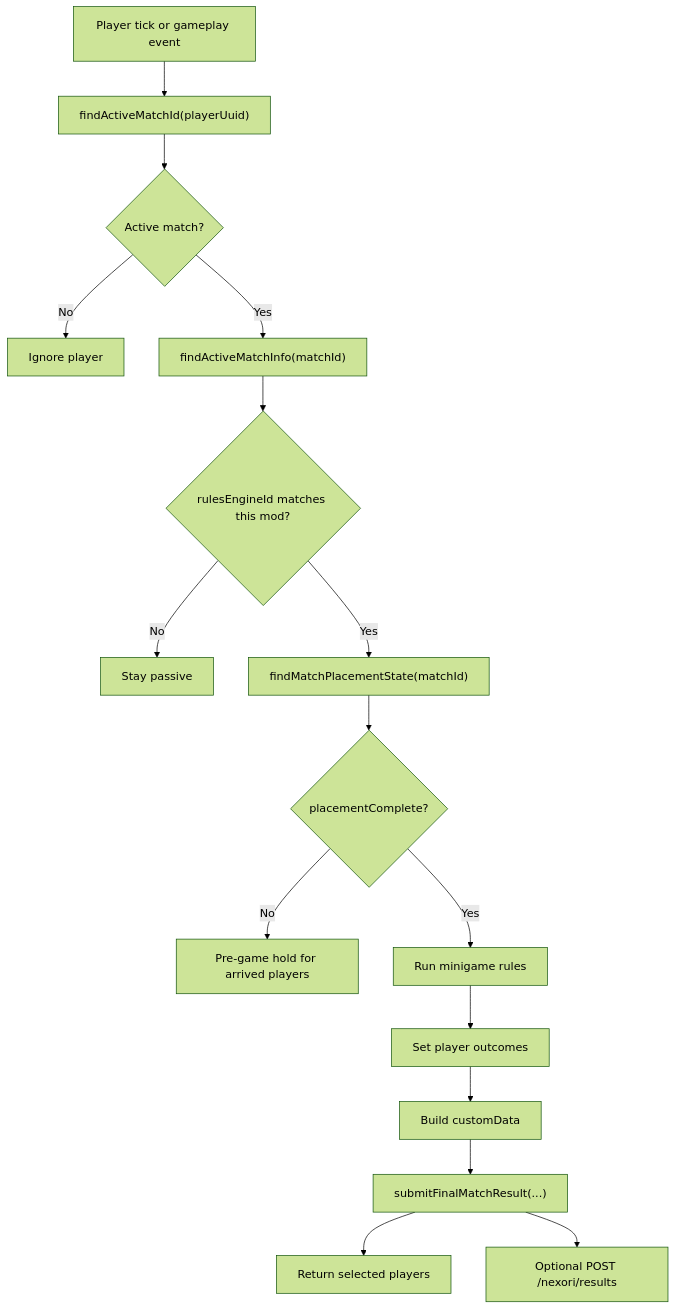
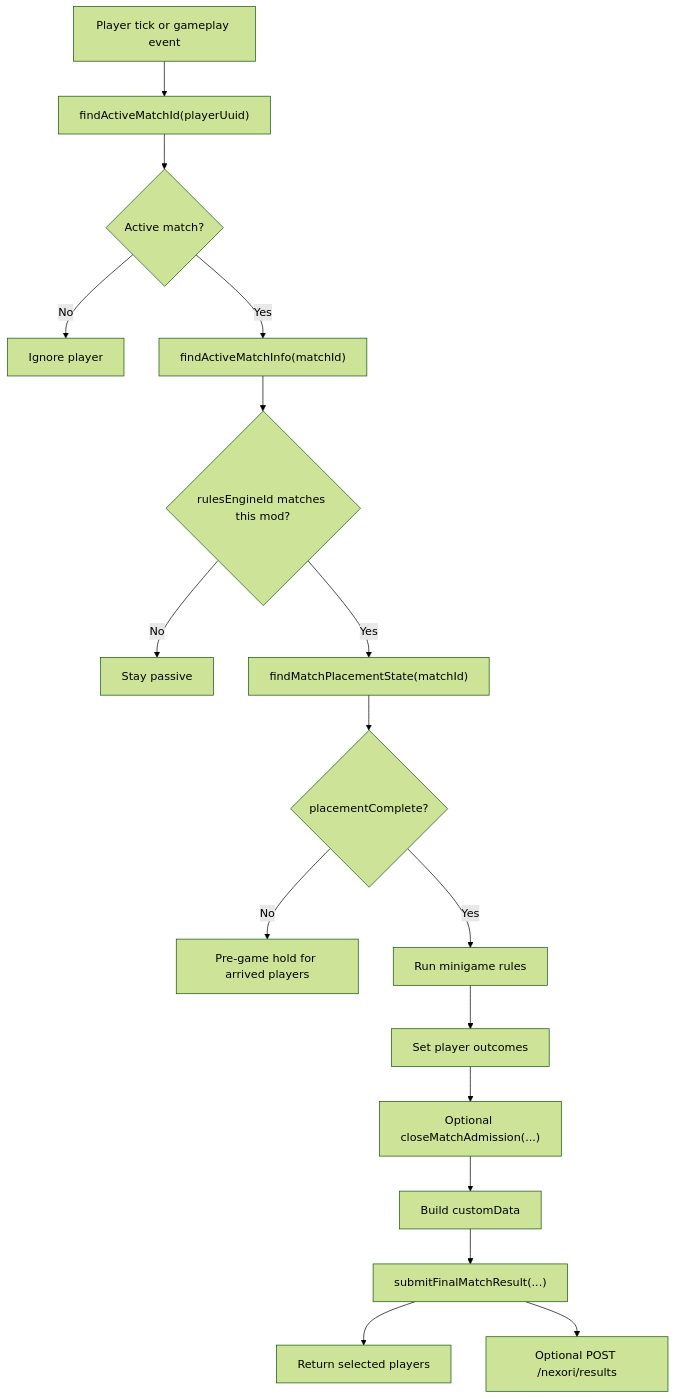
Before and after one commit to hyjn-nexori/nexori-docs: the diagram in docs/public-api/recommended-flow.md, drawn with Mermaid (forest theme). The commit also changed other lines of this file and 9 other files, not shown here.

First line of the commit message:
Document Nexori 2.3.0 backfill and admission state flow

````diff
--- a/docs/public-api/recommended-flow.md
+++ b/docs/public-api/recommended-flow.md
@@ -5,18 +5,19 @@
 ```mermaid
 flowchart TD
     A["Player tick or gameplay event"] --> B["findActiveMatchId(playerUuid)"]
     B --> C{"Active match?"}
     C -- "No" --> D["Ignore player"]
     C -- "Yes" --> E["findActiveMatchInfo(matchId)"]
     E --> F{"rulesEngineId matches this mod?"}
     F -- "No" --> G["Stay passive"]
     F -- "Yes" --> I["findMatchPlacementState(matchId)"]
     I --> J{"placementComplete?"}
     J -- "No" --> K["Pre-game hold for arrived players"]
     J -- "Yes" --> L["Run minigame rules"]
     L --> M["Set player outcomes"]
-    M --> N["Build customData"]
-    N --> O["submitFinalMatchResult(...)"]
-    O --> P["Return selected players"]
-    O --> Q["Optional POST /nexori/results"]
+    M --> N["Optional closeMatchAdmission(...)"]
+    N --> O["Build customData"]
+    O --> P["submitFinalMatchResult(...)"]
+    P --> Q["Return selected players"]
+    P --> R["Optional POST /nexori/results"]
 ```
````
